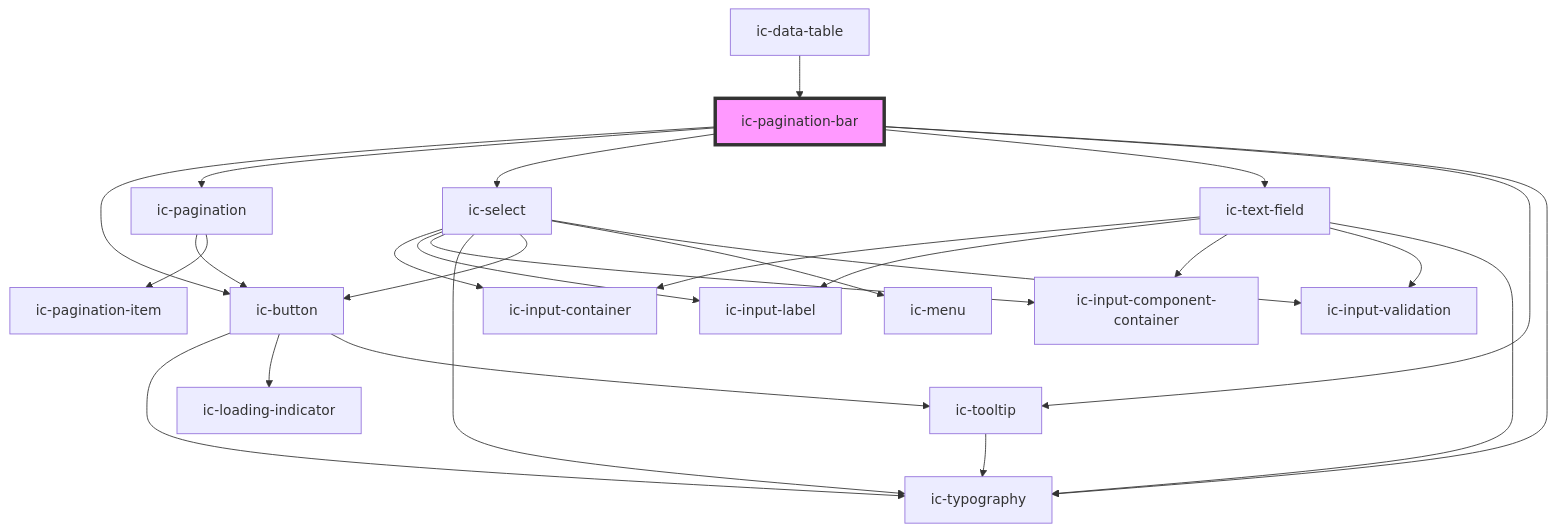
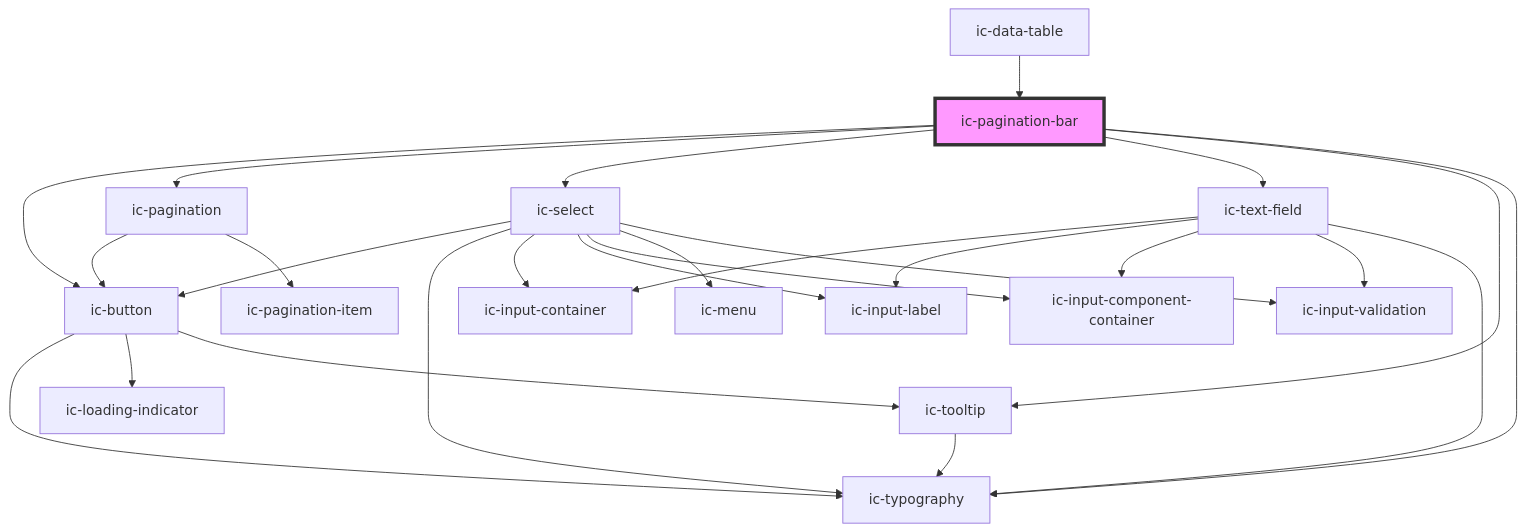
Before and after one commit to mi6/ic-ui-kit: the diagram in packages/web-components/src/components/ic-pagination-bar/readme.md, drawn with Mermaid. The commit also changed other lines of this file and 8 other files, not shown here.

````diff
--- a/packages/web-components/src/components/ic-pagination-bar/readme.md
+++ b/packages/web-components/src/components/ic-pagination-bar/readme.md
@@ -60,29 +60,29 @@
 ```mermaid
 graph TD;
   ic-pagination-bar --> ic-button
   ic-pagination-bar --> ic-pagination
   ic-pagination-bar --> ic-select
   ic-pagination-bar --> ic-text-field
   ic-pagination-bar --> ic-tooltip
   ic-pagination-bar --> ic-typography
   ic-data-table --> ic-pagination-bar
   ic-button --> ic-typography
   ic-button --> ic-loading-indicator
   ic-button --> ic-tooltip
   ic-pagination --> ic-button
   ic-pagination --> ic-pagination-item
+  ic-select --> ic-button
+  ic-select --> ic-typography
   ic-select --> ic-input-container
   ic-select --> ic-input-label
   ic-select --> ic-input-component-container
-  ic-select --> ic-typography
-  ic-select --> ic-button
   ic-select --> ic-menu
   ic-select --> ic-input-validation
   ic-text-field --> ic-input-container
   ic-text-field --> ic-input-label
   ic-text-field --> ic-input-component-container
   ic-text-field --> ic-input-validation
   ic-text-field --> ic-typography
   ic-tooltip --> ic-typography
   style ic-pagination-bar fill:#f9f,stroke:#333,stroke-width:4px
 ```
````
